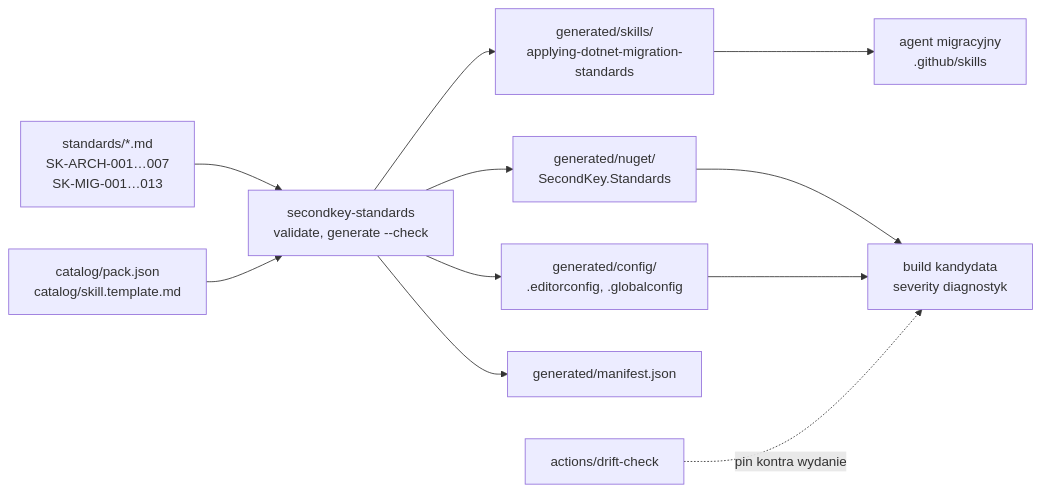
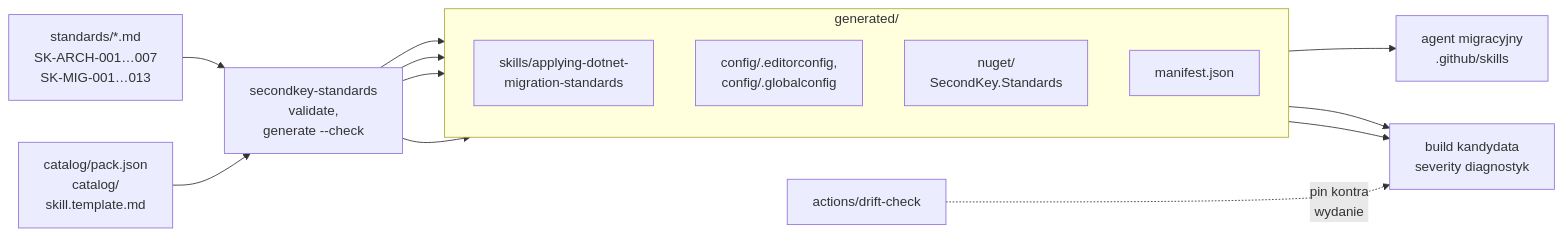
Before and after one commit to konradcinkusz/letsgolegacy.secondkey: the diagram in docs/diagrams/a9-standardy.mmd, drawn with Mermaid. The commit also changed 23 other files, not shown here.

First line of the commit message:
Framework documentation: every chapter, and diagrams sized for the page

```diff
--- a/docs/diagrams/a9-standardy.mmd
+++ b/docs/diagrams/a9-standardy.mmd
@@ -1,11 +1,18 @@
 flowchart LR
-  SRC["standards/*.md<br/>SK-ARCH-001…007<br/>SK-MIG-001…013"] --> GEN["secondkey-standards<br/>validate, generate --check"]
-  CAT["catalog/pack.json<br/>catalog/skill.template.md"] --> GEN
-  GEN --> SKILL["generated/skills/<br/>applying-dotnet-migration-standards"]
-  GEN --> CFG["generated/config/<br/>.editorconfig, .globalconfig"]
-  GEN --> NUP["generated/nuget/<br/>SecondKey.Standards"]
-  GEN --> MAN["generated/manifest.json"]
+  SRC["standards/*.md<br/>SK-ARCH-001…007<br/>SK-MIG-001…013"] --> GEN["secondkey-standards<br/>validate,<br/>generate --check"]
+  CAT["catalog/pack.json<br/>catalog/<br/>skill.template.md"] --> GEN
+  subgraph OUT["generated/"]
+    direction TB
+    SKILL["skills/applying-dotnet-<br/>migration-standards"]
+    CFG["config/.editorconfig,<br/>config/.globalconfig"]
+    NUP["nuget/<br/>SecondKey.Standards"]
+    MAN["manifest.json"]
+  end
+  GEN --> SKILL
+  GEN --> CFG
+  GEN --> NUP
+  GEN --> MAN
   SKILL --> AG["agent migracyjny<br/>.github/skills"]
   NUP --> BUILD["build kandydata<br/>severity diagnostyk"]
   CFG --> BUILD
-  DRIFT["actions/drift-check"] -. "pin kontra wydanie" .-> BUILD
+  DRIFT["actions/drift-check"] -. "pin kontra<br/>wydanie" .-> BUILD
```
